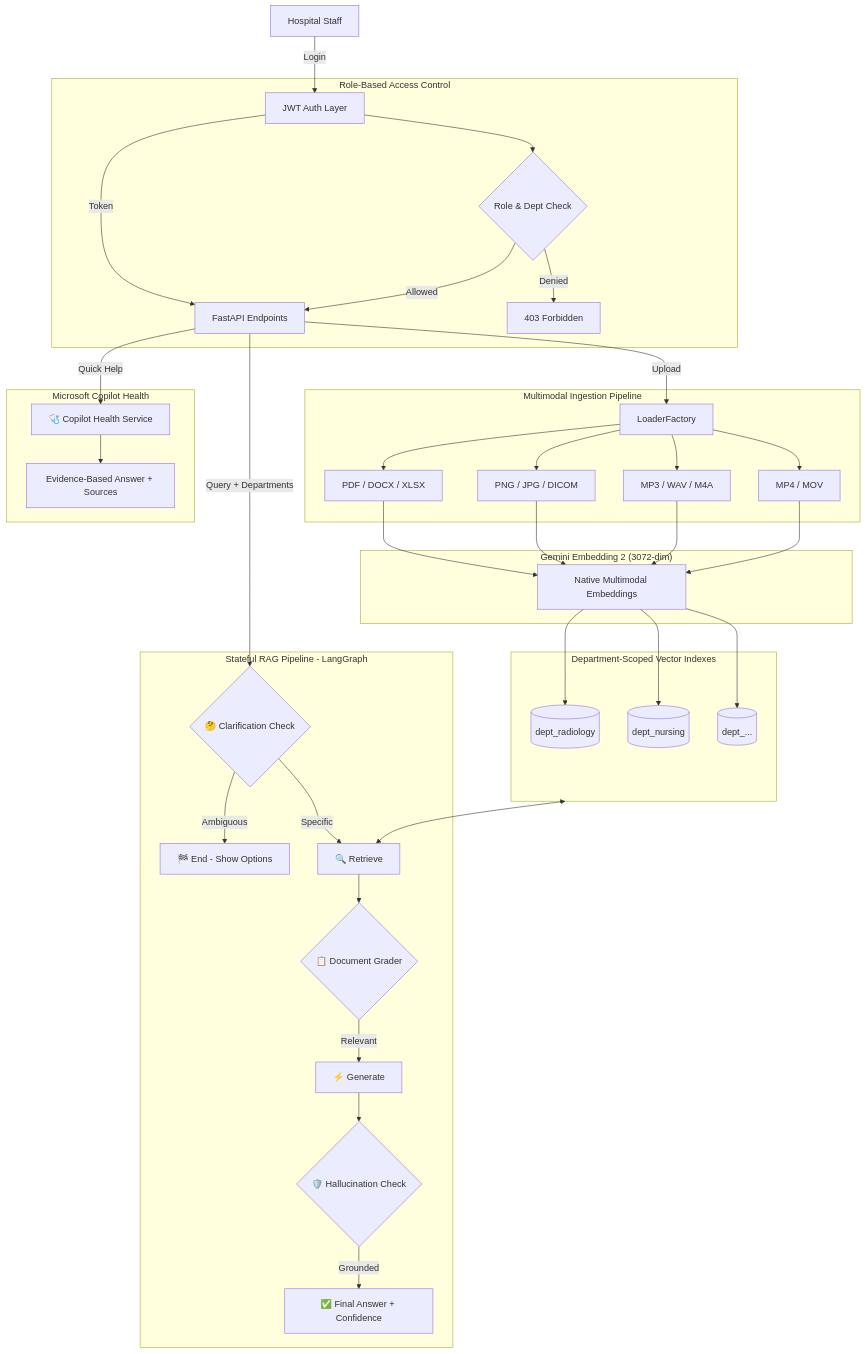
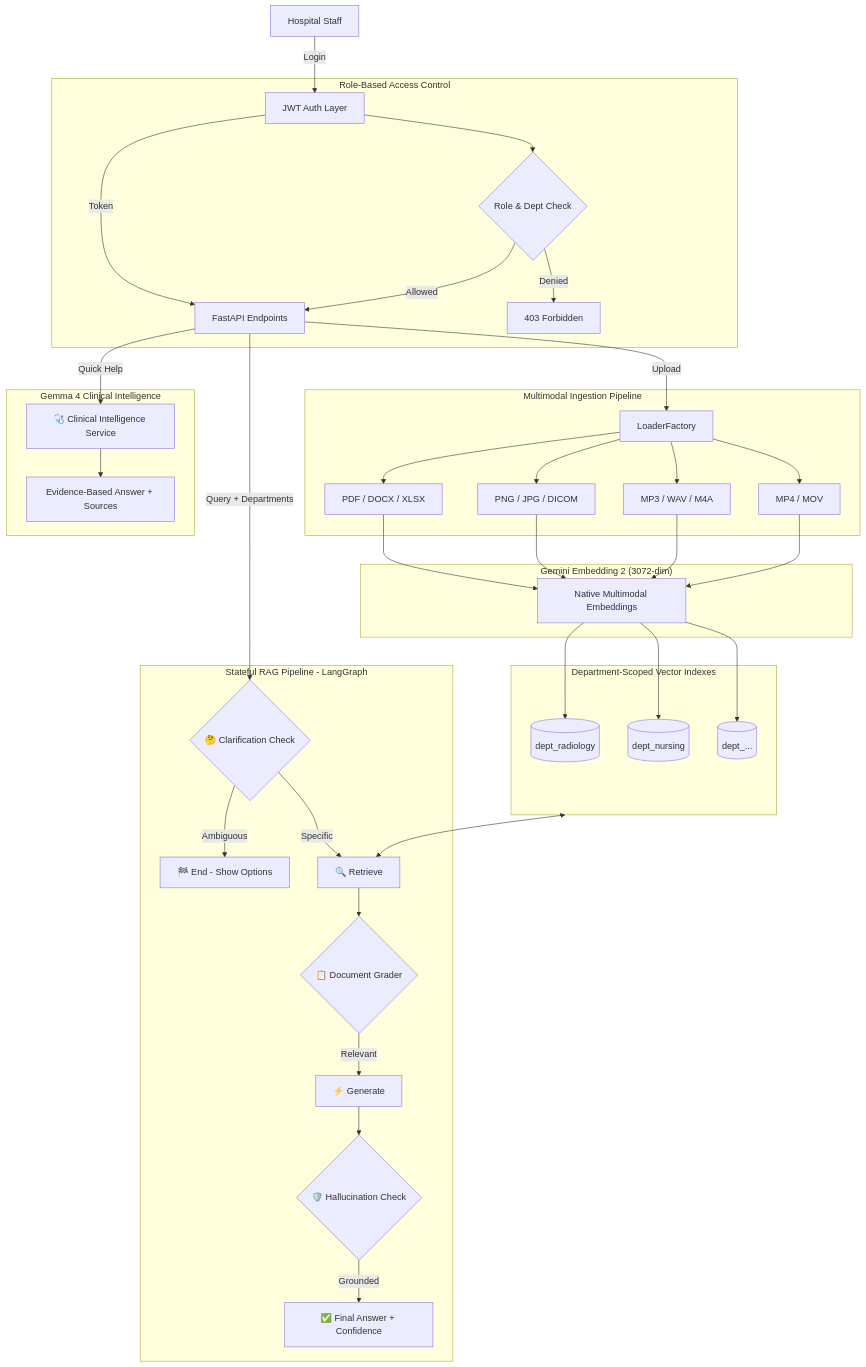
Before and after one commit to Anudeepsrib/ClinIQ: the diagram in README.md, drawn with Mermaid. The commit also changed other lines of this file and 52 other files, not shown here.

````diff
--- a/README.md
+++ b/README.md
@@ -235,49 +236,49 @@
 ```mermaid
 graph TD
     User["Hospital Staff"] -->|Login| Auth["JWT Auth Layer"]
     Auth -->|Token| API["FastAPI Endpoints"]
 
     subgraph RBAC ["Role-Based Access Control"]
         Auth --> RoleCheck{"Role & Dept Check"}
         RoleCheck -->|Allowed| API
         RoleCheck -->|Denied| Reject["403 Forbidden"]
     end
 
     subgraph Ingestion ["Multimodal Ingestion Pipeline"]
         API -->|Upload| Loader["LoaderFactory"]
         Loader --> TextParser["PDF / DOCX / XLSX"]
         Loader --> ImageParser["PNG / JPG / DICOM"]
         Loader --> AudioParser["MP3 / WAV / M4A"]
         Loader --> VideoParser["MP4 / MOV"]
     end
 
     subgraph EmbeddingLayer ["Gemini Embedding 2 (3072-dim)"]
         TextParser --> GeminiEmb["Native Multimodal Embeddings"]
         ImageParser --> GeminiEmb
         AudioParser --> GeminiEmb
         VideoParser --> GeminiEmb
     end
 
     subgraph VectorDBs ["Department-Scoped Vector Indexes"]
         GeminiEmb --> DB1[("dept_radiology")]
         GeminiEmb --> DB2[("dept_nursing")]
         GeminiEmb --> DB3[("dept_... ")]
     end
 
     subgraph RetrievalGraph ["Stateful RAG Pipeline - LangGraph"]
         API -->|"Query + Departments"| ClarCheck{"🤔 Clarification Check"}
         ClarCheck -->|Ambiguous| ClarEnd["🏁 End - Show Options"]
         ClarCheck -->|Specific| Retriever["🔍 Retrieve"]
         Retriever --> Grader{"📋 Document Grader"}
         Grader -->|Relevant| Generator["⚡ Generate"]
         Generator --> HalCheck{"🛡️ Hallucination Check"}
         HalCheck -->|Grounded| Response["✅ Final Answer + Confidence"]
     end
 
-    subgraph CopilotHealth ["Microsoft Copilot Health"]
-        API -->|"Quick Help"| CopilotSvc["🩺 Copilot Health Service"]
+    subgraph ClinicalIntel ["Gemma 4 Clinical Intelligence"]
+        API -->|"Quick Help"| CopilotSvc["🩺 Clinical Intelligence Service"]
         CopilotSvc --> CopilotResp["Evidence-Based Answer + Sources"]
     end
 
     VectorDBs <--> Retriever
 ```
````
